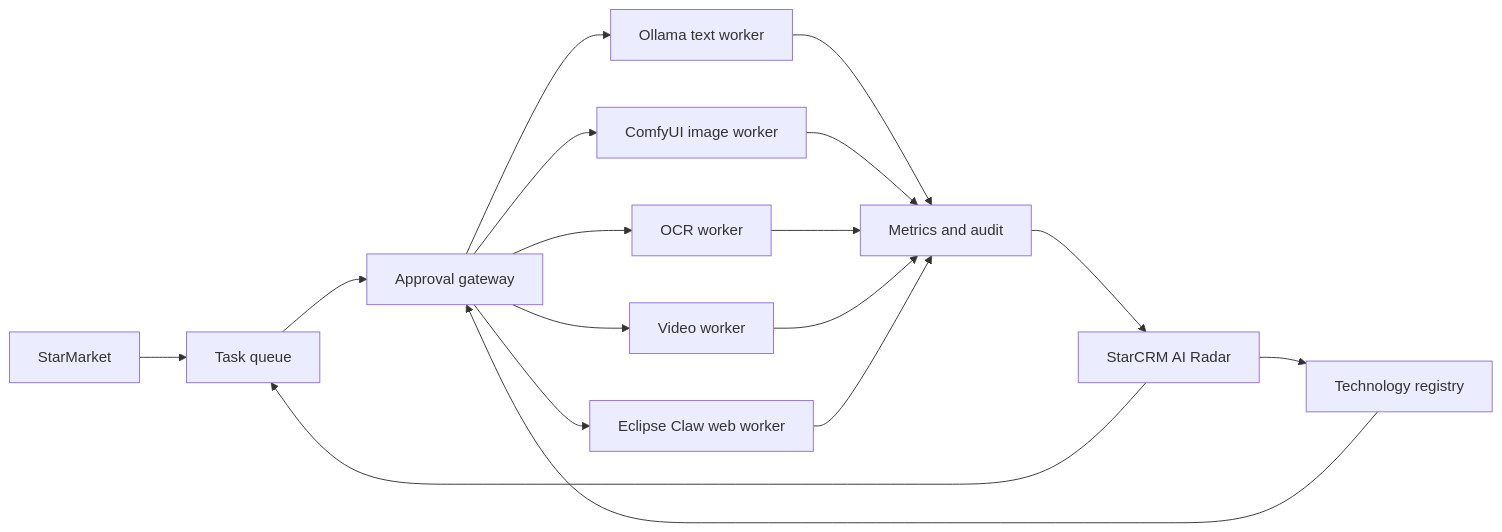
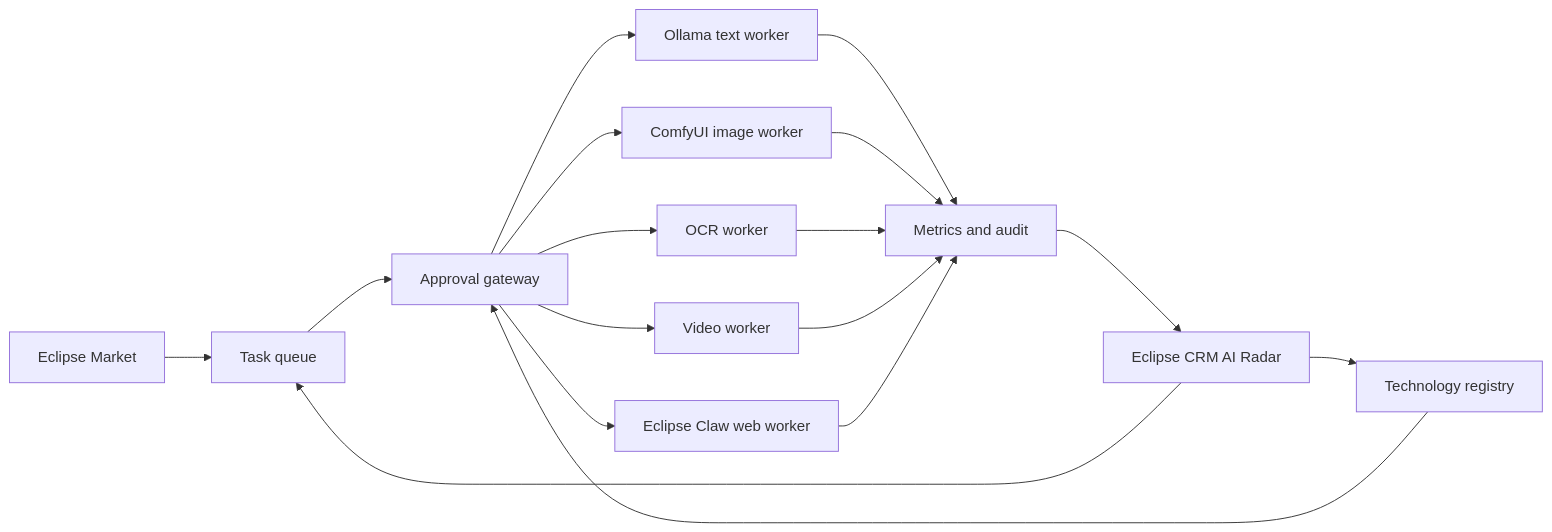
Before and after one commit to PavelHopson/eclipse-library: the diagram in guides/star-technology-registry.md, drawn with Mermaid. The commit also changed other lines of this file and 29 other files, not shown here.

First line of the commit message:
feat(registry): align product names with Eclipse brand

````diff
--- a/guides/star-technology-registry.md
+++ b/guides/star-technology-registry.md
@@ -200,19 +200,19 @@
 ```mermaid
 flowchart LR
-  SM["StarMarket"] --> Q["Task queue"]
-  CRM["StarCRM AI Radar"] --> R["Technology registry"]
+  SM["Eclipse Market"] --> Q["Task queue"]
+  CRM["Eclipse CRM AI Radar"] --> R["Technology registry"]
   CRM --> Q
   R --> G["Approval gateway"]
   Q --> G
   G --> T["Ollama text worker"]
   G --> I["ComfyUI image worker"]
   G --> O["OCR worker"]
   G --> V["Video worker"]
   G --> W["Eclipse Claw web worker"]
   T --> M["Metrics and audit"]
   I --> M
   O --> M
   V --> M
   W --> M
   M --> CRM
 ```
````
